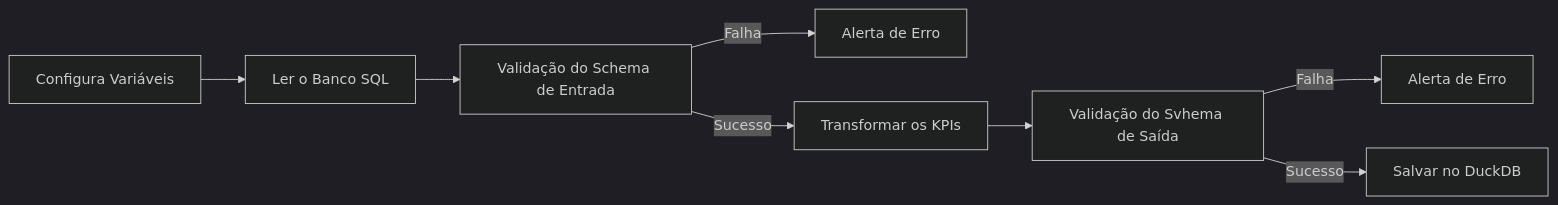
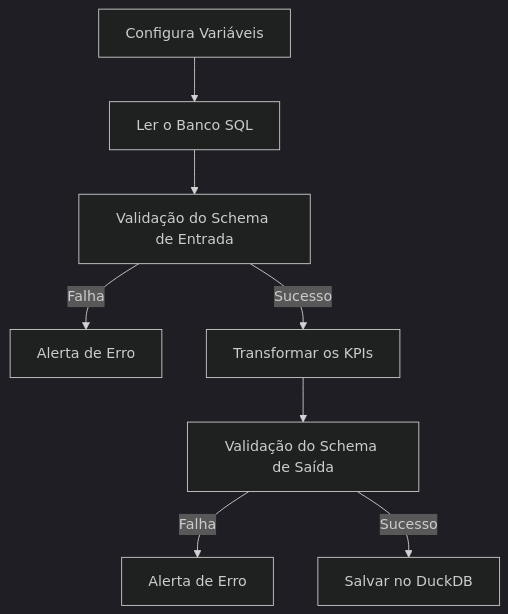
One commit to diogomenesesfranco/02-pydantic-data-quality-e-tdd-aplicado-em-projeto-de-dados changed the diagram in docs/index.md. Above: the diagram before and after it, drawn with Mermaid (dark theme). The commit also changed other lines of this file and 2 other files, not shown here.

Commit message:
Adicionar documentação

````diff
--- a/docs/index.md
+++ b/docs/index.md
@@ -5,10 +6,10 @@
 ```mermaid
-graph LR
+graph TD;
     A[Configura Variáveis] --> B[Ler o Banco SQL];
     B --> V[Validação do Schema de Entrada];
     V -->|Falha| X[Alerta de Erro];
     V -->|Sucesso| C[Transformar os KPIs];
-    C --> Y[Validação do Svhema de Saída];
-    Y --> |Falha| Z[Alerta de Erro];
+    C --> Y[Validação do Schema de Saída];
+    Y -->|Falha| Z[Alerta de Erro];
     Y -->|Sucesso| D[Salvar no DuckDB];
 ```
````
